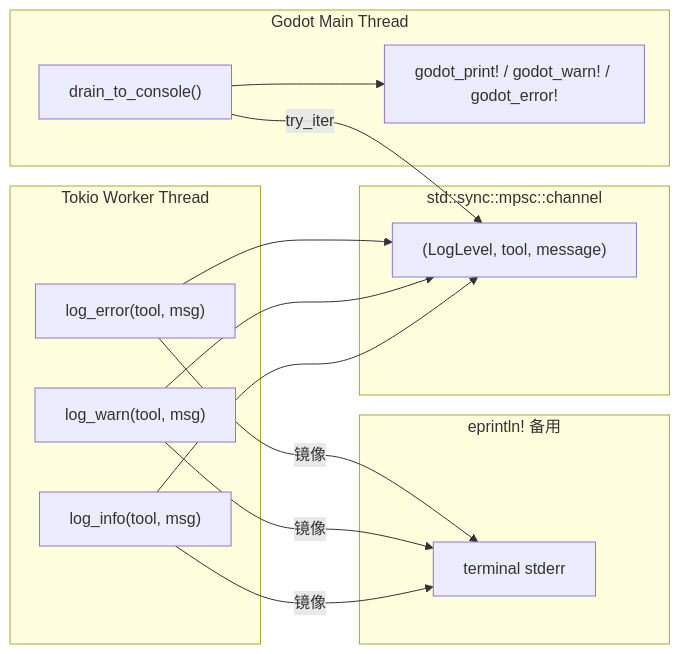
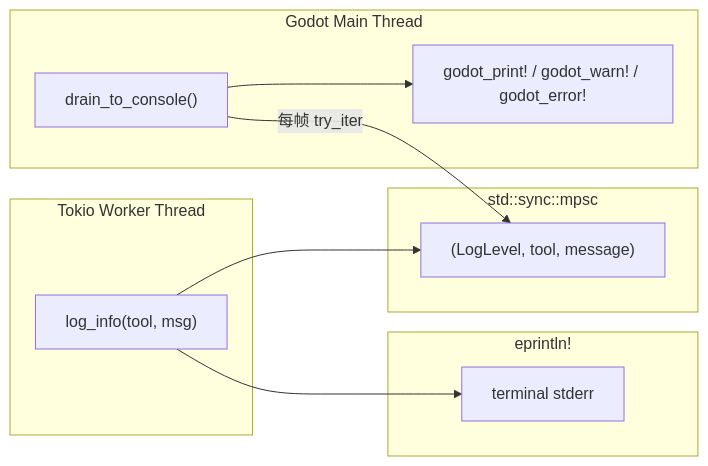
The diagram in .repo_wiki/modules/logging.md (jesspig/GodotMCP-GDExtension), drawn with Mermaid before and after one commit. The commit also changed other lines of this file and 27 other files, not shown here.

````diff
--- a/.repo_wiki/modules/logging.md
+++ b/.repo_wiki/modules/logging.md
@@ -5,30 +32,24 @@
 ```mermaid
 flowchart LR
     subgraph WORKER["Tokio Worker Thread"]
         L1["log_info(tool, msg)"]
-        L2["log_warn(tool, msg)"]
-        L3["log_error(tool, msg)"]
     end
     
-    subgraph CHANNEL["std::sync::mpsc::channel"]
+    subgraph CHANNEL["std::sync::mpsc"]
         C["(LogLevel, tool, message)"]
     end
     
-    subgraph MIRROR["eprintln! 备用"]
+    subgraph MIRROR["eprintln!"]
         E["terminal stderr"]
     end
     
     subgraph MAIN["Godot Main Thread"]
         D["drain_to_console()"]
         G["godot_print! / godot_warn! / godot_error!"]
     end
     
     L1 --> C
-    L1 -->|镜像| E
-    L2 --> C
-    L2 -->|镜像| E
-    L3 --> C
-    L3 -->|镜像| E
-    D -->|try_iter| C
+    L1 --> E
+    D -->|每帧 try_iter| C
     D --> G
 ```
````
